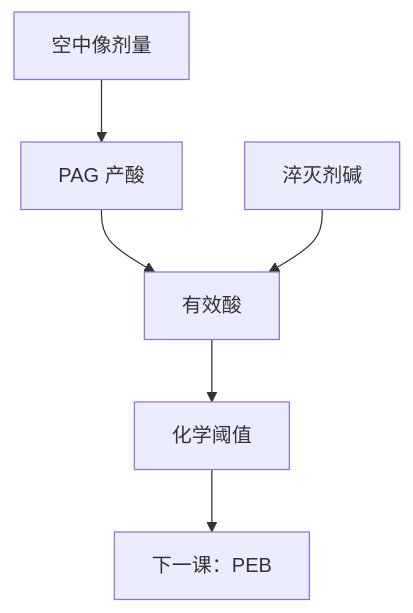
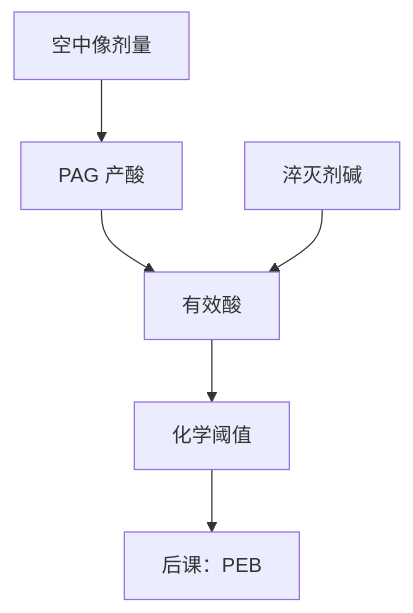
One commit to xhongduo-tech/xhongduo-tech.github.io changed the diagram in docs/litho/pag-quencher.md. Above: the diagram before and after it, drawn with Mermaid. The commit also changed other lines of this file and 2401 other files, not shown here.

````diff
--- a/docs/litho/pag-quencher.md
+++ b/docs/litho/pag-quencher.md
@@ -38,8 +38,8 @@
 ```mermaid
 flowchart TD
   I["空中像剂量"] --> PAG["PAG 产酸"]
   PAG --> NET["有效酸"]
   Q["淬灭剂碱"] --> NET
   NET --> TH["化学阈值"]
-  TH --> PEB["下一课：PEB"]
+  TH --> PEB["后课：PEB"]
 ```
````
